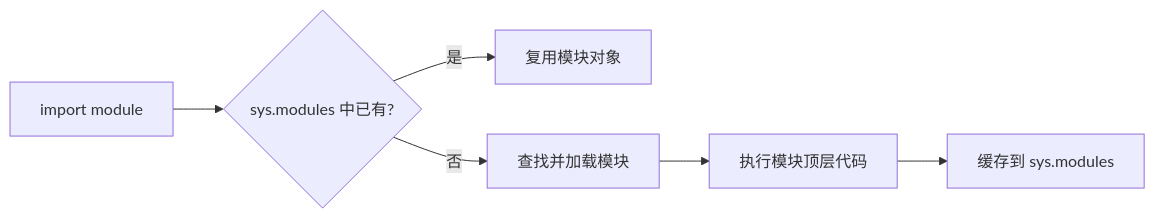
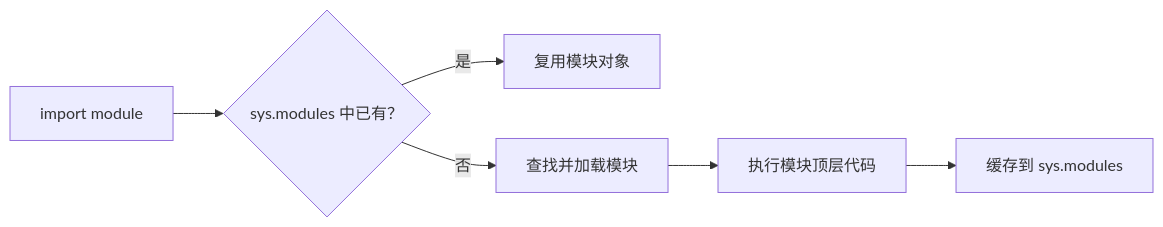
The third of 3 diagrams in review/09-异常-文件-模块与导入-图解与自测.md (studyzhige-ui/python-interview-handbook), drawn with Mermaid before and after one commit. The commit also changed other lines of this file and 11 other files, not shown here.

First line of the commit message:
fix: repair Mermaid rendering across review chapters

````diff
--- a/review/09-异常-文件-模块与导入-图解与自测.md
+++ b/review/09-异常-文件-模块与导入-图解与自测.md
@@ -32,8 +32,8 @@
 ```mermaid
 flowchart LR
-    A[import module] --> B{sys.modules 中已有?}
-    B -- 是 --> C[复用模块对象]
-    B -- 否 --> D[查找并加载模块]
-    D --> E[执行模块顶层代码]
-    E --> F[缓存到 sys.modules]
+    A["import module"] --> B{"sys.modules 中已有？"}
+    B -->|是| C["复用模块对象"]
+    B -->|否| D["查找并加载模块"]
+    D --> E["执行模块顶层代码"]
+    E --> F["缓存到 sys.modules"]
 ```
````
